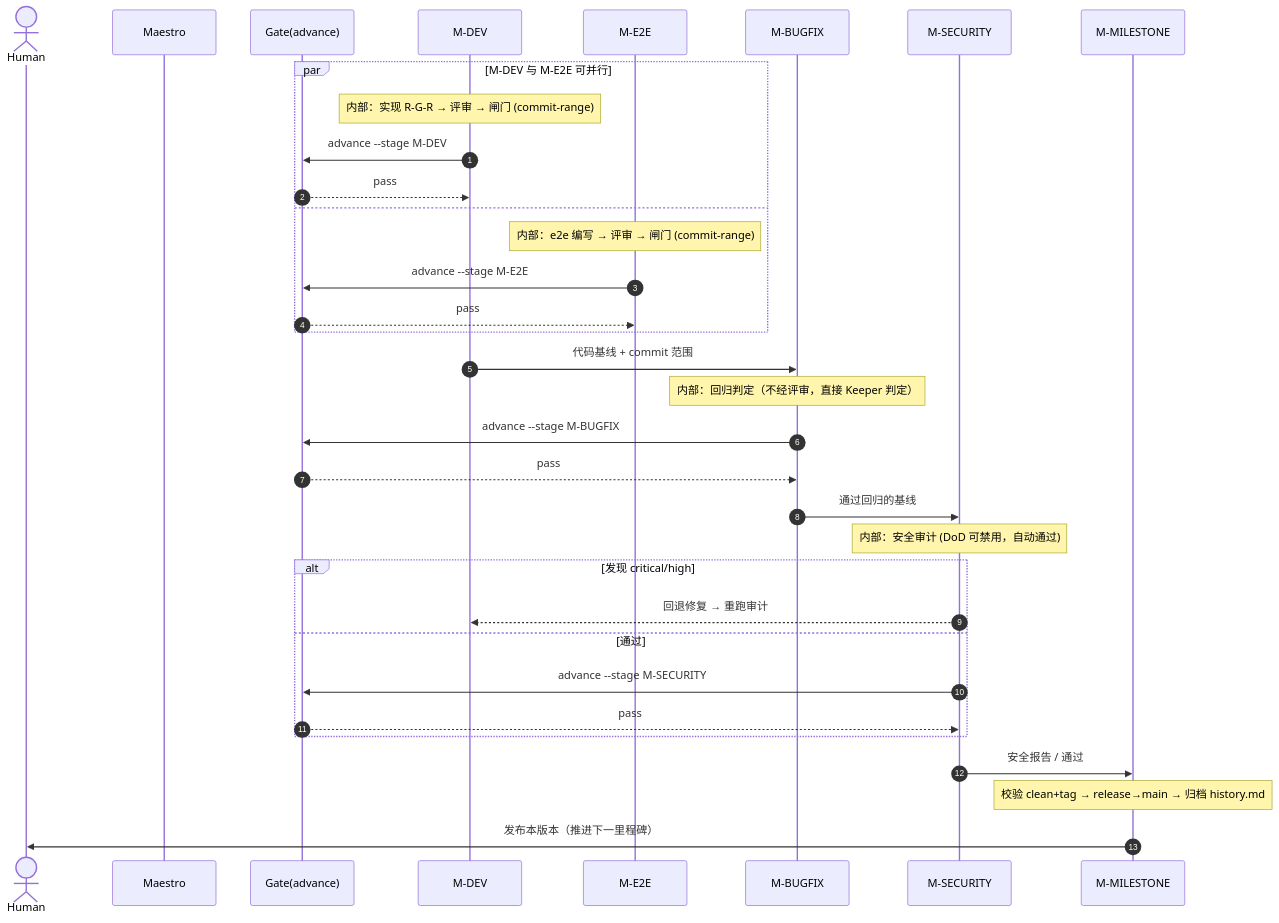
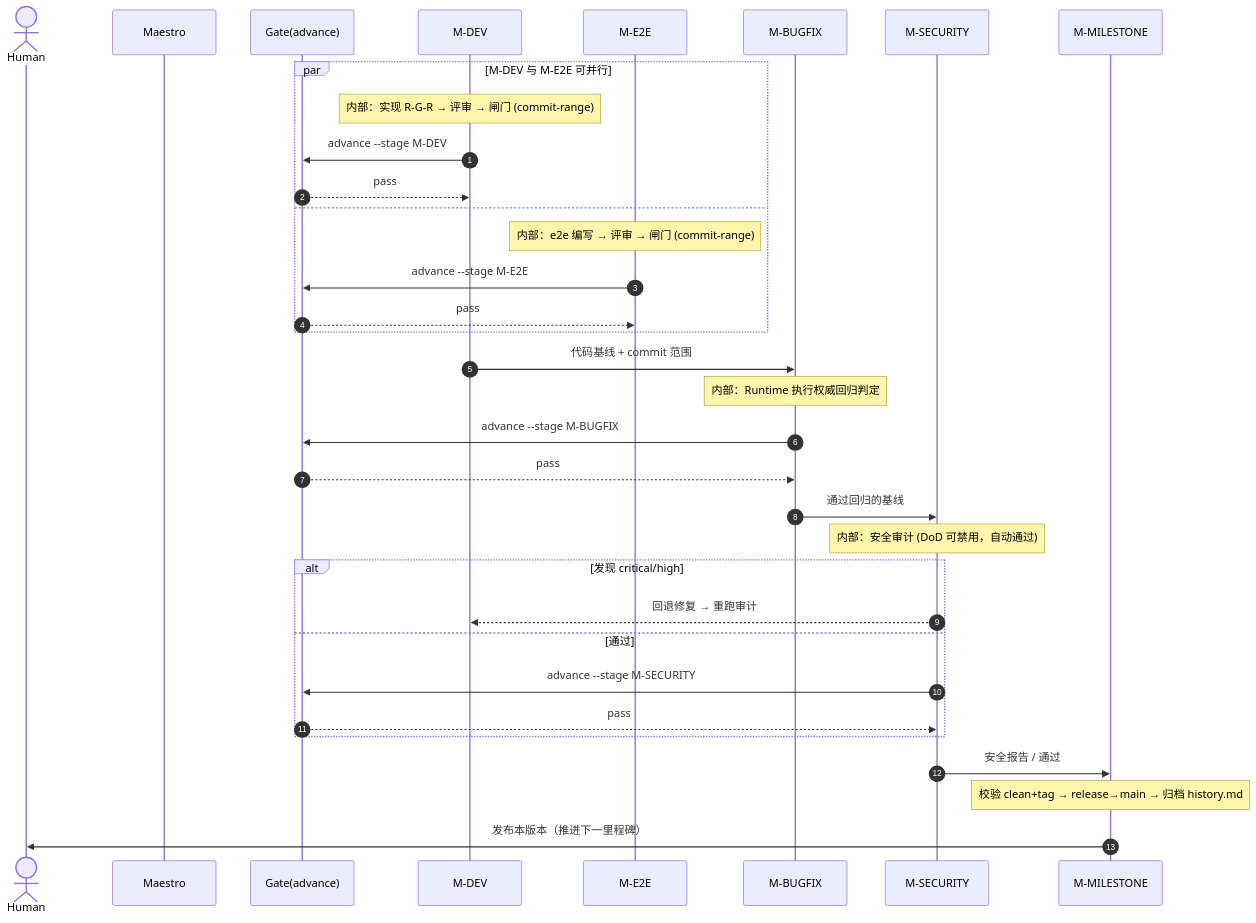
The third of 4 diagrams in docs/workflow.md (zillionare/louke), drawn with Mermaid before and after one commit. The commit also changed other lines of this file and 21 other files, not shown here.

````diff
--- a/docs/workflow.md
+++ b/docs/workflow.md
@@ -140,38 +140,38 @@
 ```mermaid
 sequenceDiagram
     autonumber
     actor Human
     participant M as Maestro
     participant G as Gate(advance)
     participant D as M-DEV
     participant E as M-E2E
     participant B as M-BUGFIX
     participant J as M-SECURITY
     participant N as M-MILESTONE
 
     par M-DEV 与 M-E2E 可并行
         Note over D: 内部：实现 R-G-R → 评审 → 闸门 (commit-range)
         D->>G: advance --stage M-DEV
         G-->>D: pass
     and
         Note over E: 内部：e2e 编写 → 评审 → 闸门 (commit-range)
         E->>G: advance --stage M-E2E
         G-->>E: pass
     end
 
     D->>B: 代码基线 + commit 范围
-    Note over B: 内部：回归判定（不经评审，直接 Keeper 判定）
+    Note over B: 内部：Runtime 执行权威回归判定
     B->>G: advance --stage M-BUGFIX
     G-->>B: pass
     B->>J: 通过回归的基线
     Note over J: 内部：安全审计 (DoD 可禁用，自动通过)
     alt 发现 critical/high
         J-->>D: 回退修复 → 重跑审计
     else 通过
         J->>G: advance --stage M-SECURITY
         G-->>J: pass
     end
     J->>N: 安全报告 / 通过
     Note over N: 校验 clean+tag → release→main → 归档 history.md
     N->>Human: 发布本版本（推进下一里程碑）
 ```
````
